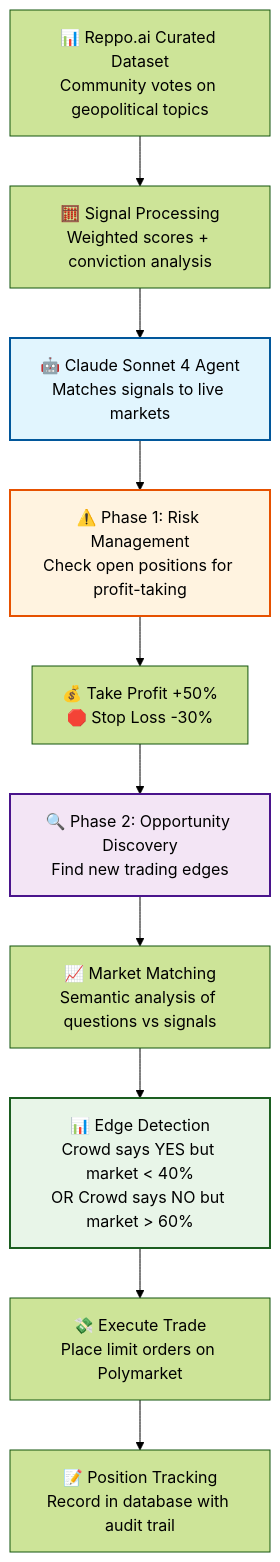
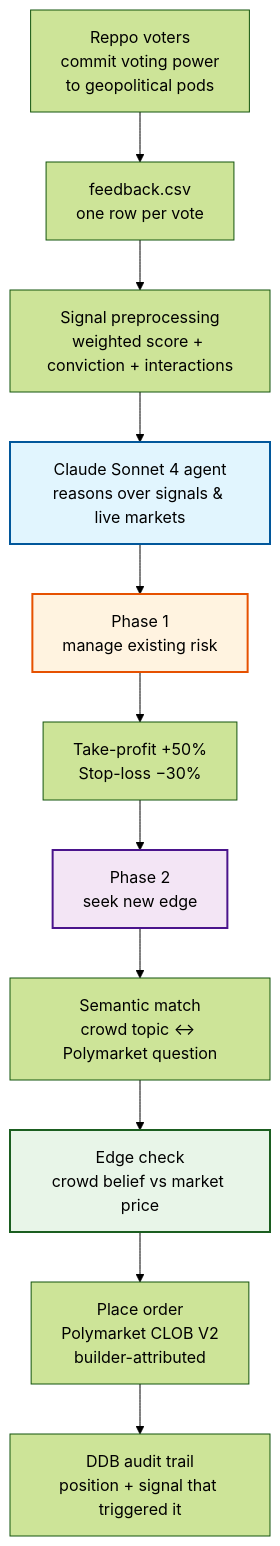
The diagram in README.md (Reppo-Labs/reppo-polyagent), drawn with Mermaid (forest theme) before and after one commit. The commit also changed other lines of this file, not shown here.

````diff
--- a/README.md
+++ b/README.md
@@ -11,20 +25,21 @@
 ```mermaid
 flowchart TD
-    A["📊 Reppo.ai Curated Dataset<br/>Community votes on geopolitical topics"] --> B["🧮 Signal Processing<br/>Weighted scores + conviction analysis"]
-    B --> C["🤖 Claude Sonnet 4 Agent<br/>Matches signals to live markets"]
-    
-    C --> D["⚠️ Phase 1: Risk Management<br/>Check open positions for profit-taking"]
-    D --> E["💰 Take Profit +50%<br/>🛑 Stop Loss -30%"]
-    E --> F["🔍 Phase 2: Opportunity Discovery<br/>Find new trading edges"]
-    
-    F --> G["📈 Market Matching<br/>Semantic analysis of questions vs signals"]
-    G --> H["📊 Edge Detection<br/>Crowd says YES but market < 40%<br/>OR Crowd says NO but market > 60%"]
-    H --> I["💸 Execute Trade<br/>Place limit orders on Polymarket"]
-    
-    I --> J["📝 Position Tracking<br/>Record in database with audit trail"]
-    
-    style C fill:#e1f5fe,stroke:#01579b,stroke-width:2px
-    style D fill:#fff3e0,stroke:#e65100,stroke-width:2px
-    style F fill:#f3e5f5,stroke:#4a148c,stroke-width:2px
-    style H fill:#e8f5e8,stroke:#1b5e20,stroke-width:2px
+    A["Reppo voters<br/>commit voting power<br/>to geopolitical pods"] --> B["feedback.csv<br/>one row per vote"]
+    B --> C["Signal preprocessing<br/>weighted score + conviction + interactions"]
+    C --> D["Claude Sonnet 4 agent<br/>reasons over signals & live markets"]
+
+    D --> E["Phase 1<br/>manage existing risk"]
+    E --> F["Take-profit +50%<br/>Stop-loss −30%"]
+    F --> G["Phase 2<br/>seek new edge"]
+
+    G --> H["Semantic match<br/>crowd topic ↔ Polymarket question"]
+    H --> I["Edge check<br/>crowd belief vs market price"]
+    I --> J["Place order<br/>Polymarket CLOB V2<br/>builder-attributed"]
+
+    J --> K["DDB audit trail<br/>position + signal that triggered it"]
+
+    style D fill:#e1f5fe,stroke:#01579b,stroke-width:2px
+    style E fill:#fff3e0,stroke:#e65100,stroke-width:2px
+    style G fill:#f3e5f5,stroke:#4a148c,stroke-width:2px
+    style I fill:#e8f5e8,stroke:#1b5e20,stroke-width:2px
 ```
````
